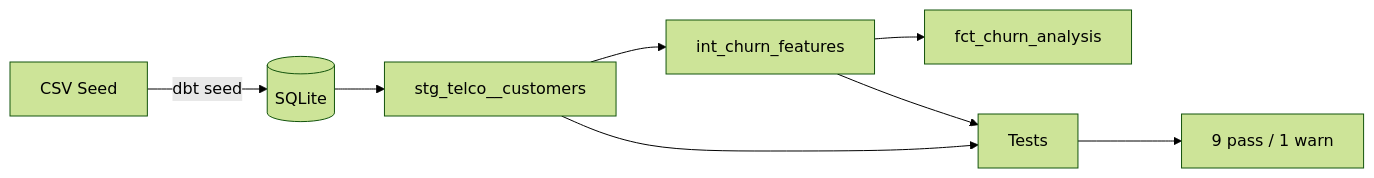
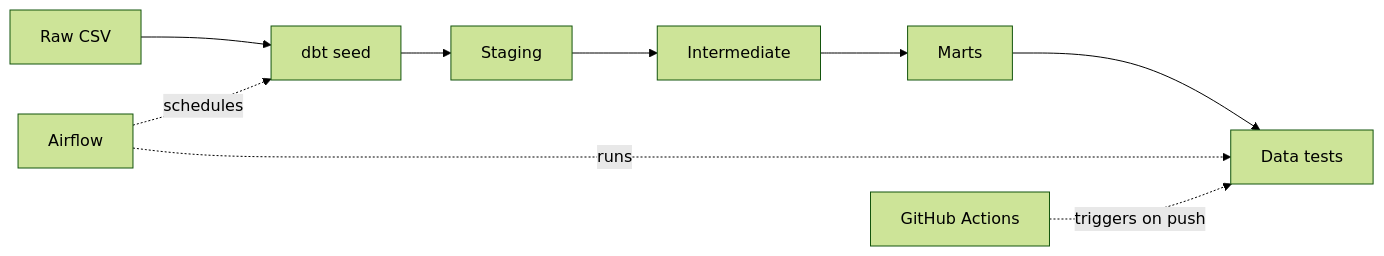
Before and after one commit to Javiersdr/Churn-pipeline: the diagram in README.md, drawn with Mermaid (forest theme). The commit also changed other lines of this file and 242 other files, not shown here.

````diff
--- a/README.md
+++ b/README.md
@@ -13,10 +22,12 @@
 ```mermaid
 flowchart LR
-    CSV[CSV Seed] -->|dbt seed| SQLite[(SQLite)]
-    SQLite --> stg[stg_telco__customers]
-    stg --> int[int_churn_features]
-    int --> mart[fct_churn_analysis]
-    stg --> tests[Tests]
-    int --> tests
-    tests --> results[9 pass / 1 warn]
+    raw[Raw CSV] --> seed[dbt seed]
+    seed --> stg[Staging]
+    stg --> int[Intermediate]
+    int --> mart[Marts]
+    mart --> test[Data tests]
+
+    airflow[Airflow] -.->|schedules| seed
+    airflow -.->|runs| test
+    actions[GitHub Actions] -.->|triggers on push| test
 ```
````
